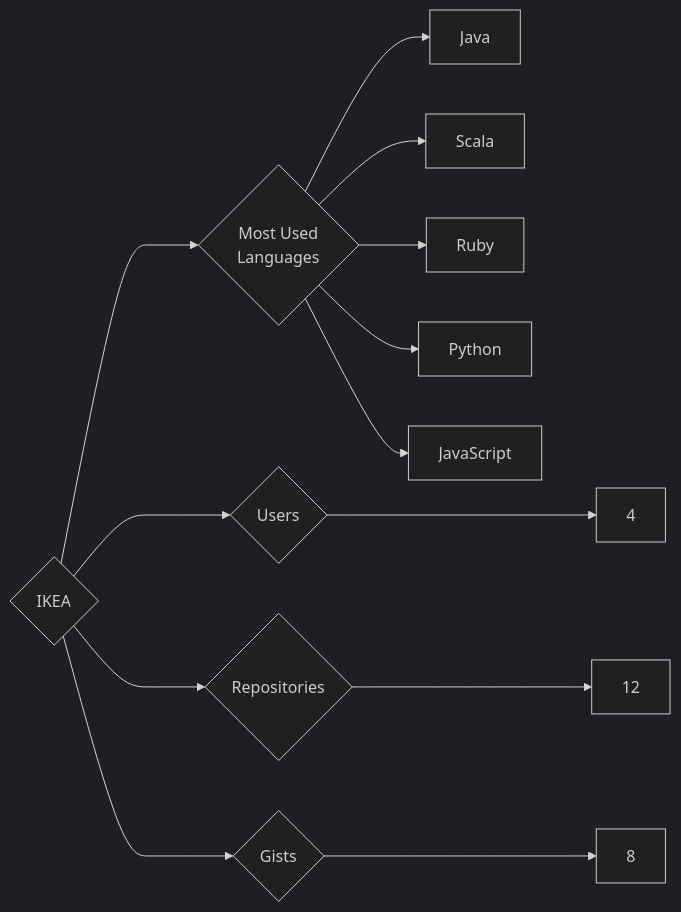
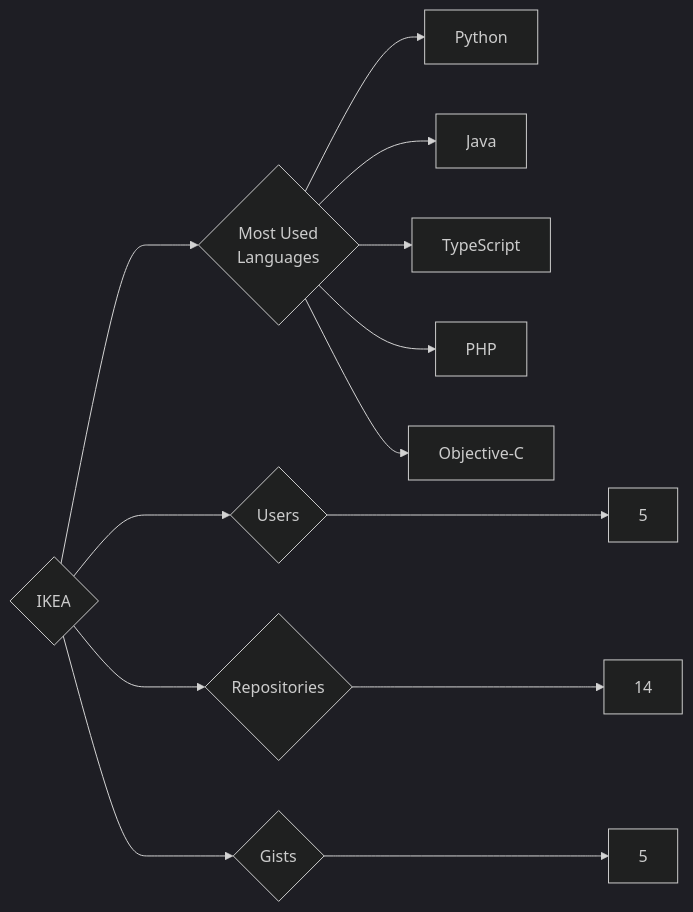
The diagram in targets/IKEA/README.md (trickest/insiders), drawn with Mermaid (dark theme) before and after one commit. The commit also changed 933 other files, not shown here.

````diff
--- a/targets/IKEA/README.md
+++ b/targets/IKEA/README.md
@@ -3,13 +3,13 @@
 ```mermaid
 graph LR
 COMPANY_NAME{IKEA}
-COMPANY_NAME ---> U{Users} ---> UN[4]
-COMPANY_NAME ---> R{Repositories} ---> RN[12]
-COMPANY_NAME ---> G{Gists} ---> GN[8]
+COMPANY_NAME ---> U{Users} ---> UN[5]
+COMPANY_NAME ---> R{Repositories} ---> RN[14]
+COMPANY_NAME ---> G{Gists} ---> GN[5]
 COMPANY_NAME ---> ML{Most Used<br>Languages}
+ML --> Python[Python]
 ML --> Java[Java]
-ML --> Scala[Scala]
-ML --> Ruby[Ruby]
-ML --> Python[Python]
-ML --> JavaScript[JavaScript]
+ML --> TypeScript[TypeScript]
+ML --> PHP[PHP]
+ML --> Objective-C[Objective-C]
 ```
````
